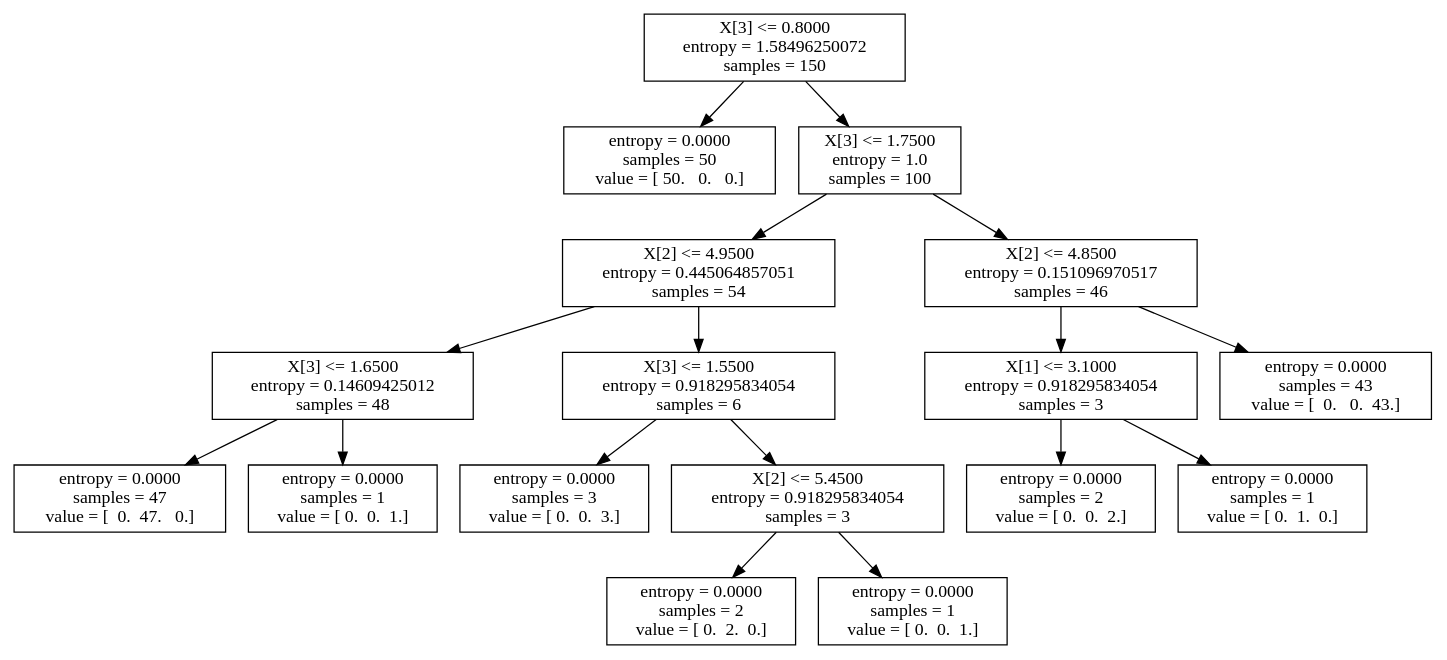
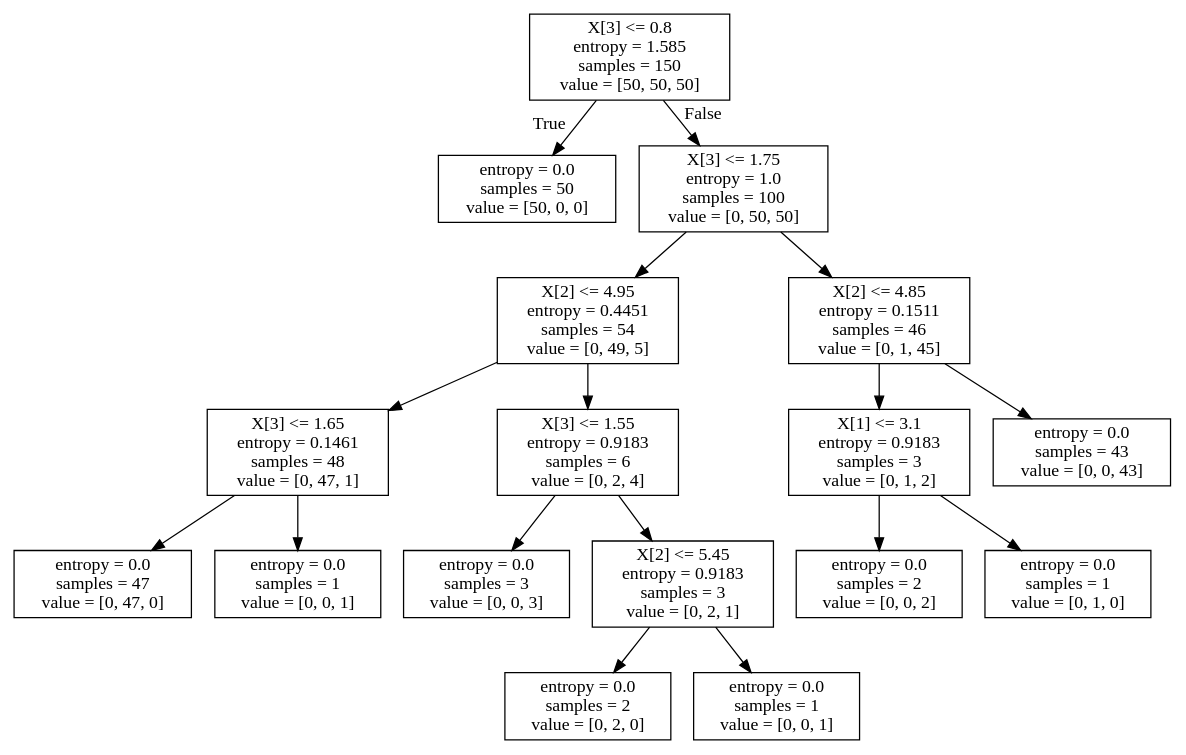
Before and after one commit to bluebibi/LINK_ML_BIG_DATA: the diagram in iris.dot, drawn with Graphviz. The commit also changed 4 other files, not shown here.

```diff
--- a/iris.dot
+++ b/iris.dot
@@ -1,35 +1,36 @@
 digraph Tree {
-0 [label="X[3] <= 0.8000\nentropy = 1.58496250072\nsamples = 150", shape="box"] ;
-1 [label="entropy = 0.0000\nsamples = 50\nvalue = [ 50.   0.   0.]", shape="box"] ;
-0 -> 1 ;
-2 [label="X[3] <= 1.7500\nentropy = 1.0\nsamples = 100", shape="box"] ;
-0 -> 2 ;
-3 [label="X[2] <= 4.9500\nentropy = 0.445064857051\nsamples = 54", shape="box"] ;
+node [shape=box] ;
+0 [label="X[3] <= 0.8\nentropy = 1.585\nsamples = 150\nvalue = [50, 50, 50]"] ;
+1 [label="entropy = 0.0\nsamples = 50\nvalue = [50, 0, 0]"] ;
+0 -> 1 [labeldistance=2.5, labelangle=45, headlabel="True"] ;
+2 [label="X[3] <= 1.75\nentropy = 1.0\nsamples = 100\nvalue = [0, 50, 50]"] ;
+0 -> 2 [labeldistance=2.5, labelangle=-45, headlabel="False"] ;
+3 [label="X[2] <= 4.95\nentropy = 0.4451\nsamples = 54\nvalue = [0, 49, 5]"] ;
 2 -> 3 ;
-4 [label="X[3] <= 1.6500\nentropy = 0.14609425012\nsamples = 48", shape="box"] ;
+4 [label="X[3] <= 1.65\nentropy = 0.1461\nsamples = 48\nvalue = [0, 47, 1]"] ;
 3 -> 4 ;
-5 [label="entropy = 0.0000\nsamples = 47\nvalue = [  0.  47.   0.]", shape="box"] ;
+5 [label="entropy = 0.0\nsamples = 47\nvalue = [0, 47, 0]"] ;
 4 -> 5 ;
-6 [label="entropy = 0.0000\nsamples = 1\nvalue = [ 0.  0.  1.]", shape="box"] ;
+6 [label="entropy = 0.0\nsamples = 1\nvalue = [0, 0, 1]"] ;
 4 -> 6 ;
-7 [label="X[3] <= 1.5500\nentropy = 0.918295834054\nsamples = 6", shape="box"] ;
+7 [label="X[3] <= 1.55\nentropy = 0.9183\nsamples = 6\nvalue = [0, 2, 4]"] ;
 3 -> 7 ;
-8 [label="entropy = 0.0000\nsamples = 3\nvalue = [ 0.  0.  3.]", shape="box"] ;
+8 [label="entropy = 0.0\nsamples = 3\nvalue = [0, 0, 3]"] ;
 7 -> 8 ;
-9 [label="X[2] <= 5.4500\nentropy = 0.918295834054\nsamples = 3", shape="box"] ;
+9 [label="X[2] <= 5.45\nentropy = 0.9183\nsamples = 3\nvalue = [0, 2, 1]"] ;
 7 -> 9 ;
-10 [label="entropy = 0.0000\nsamples = 2\nvalue = [ 0.  2.  0.]", shape="box"] ;
+10 [label="entropy = 0.0\nsamples = 2\nvalue = [0, 2, 0]"] ;
 9 -> 10 ;
-11 [label="entropy = 0.0000\nsamples = 1\nvalue = [ 0.  0.  1.]", shape="box"] ;
+11 [label="entropy = 0.0\nsamples = 1\nvalue = [0, 0, 1]"] ;
 9 -> 11 ;
-12 [label="X[2] <= 4.8500\nentropy = 0.151096970517\nsamples = 46", shape="box"] ;
+12 [label="X[2] <= 4.85\nentropy = 0.1511\nsamples = 46\nvalue = [0, 1, 45]"] ;
 2 -> 12 ;
-13 [label="X[1] <= 3.1000\nentropy = 0.918295834054\nsamples = 3", shape="box"] ;
+13 [label="X[1] <= 3.1\nentropy = 0.9183\nsamples = 3\nvalue = [0, 1, 2]"] ;
 12 -> 13 ;
-14 [label="entropy = 0.0000\nsamples = 2\nvalue = [ 0.  0.  2.]", shape="box"] ;
+14 [label="entropy = 0.0\nsamples = 2\nvalue = [0, 0, 2]"] ;
 13 -> 14 ;
-15 [label="entropy = 0.0000\nsamples = 1\nvalue = [ 0.  1.  0.]", shape="box"] ;
+15 [label="entropy = 0.0\nsamples = 1\nvalue = [0, 1, 0]"] ;
 13 -> 15 ;
-16 [label="entropy = 0.0000\nsamples = 43\nvalue = [  0.   0.  43.]", shape="box"] ;
+16 [label="entropy = 0.0\nsamples = 43\nvalue = [0, 0, 43]"] ;
 12 -> 16 ;
 }
```
